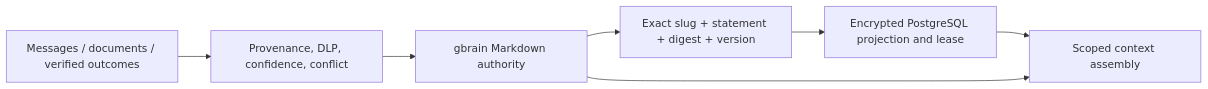
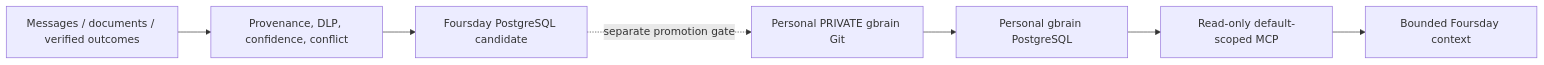
The second of 7 diagrams in docs/en/architecture.md (ruiwang20010702/ai-employee), drawn with Mermaid before and after one commit. The commit also changed other lines of this file and 36 other files, not shown here.

````diff
--- a/docs/en/architecture.md
+++ b/docs/en/architecture.md
@@ -48,9 +48,9 @@
 ```mermaid
 flowchart LR
+    BASE["Personal PRIVATE gbrain Git"] --> INDEX["Personal gbrain PostgreSQL"]
+    INDEX --> READ["Read-only default-scoped MCP"]
+    READ --> CONTEXT["Bounded Foursday context"]
     INPUT["Messages / documents / verified outcomes"] --> GATE["Provenance, DLP, confidence, conflict"]
-    GATE --> MD["gbrain Markdown authority"]
-    MD --> VERIFY["Exact slug + statement + digest + version"]
-    VERIFY --> PG["Encrypted PostgreSQL projection and lease"]
-    PG --> USE["Scoped context assembly"]
-    MD --> USE
+    GATE --> CANDIDATE["Foursday PostgreSQL candidate"]
+    CANDIDATE -. "separate promotion gate" .-> BASE
 ```
````
